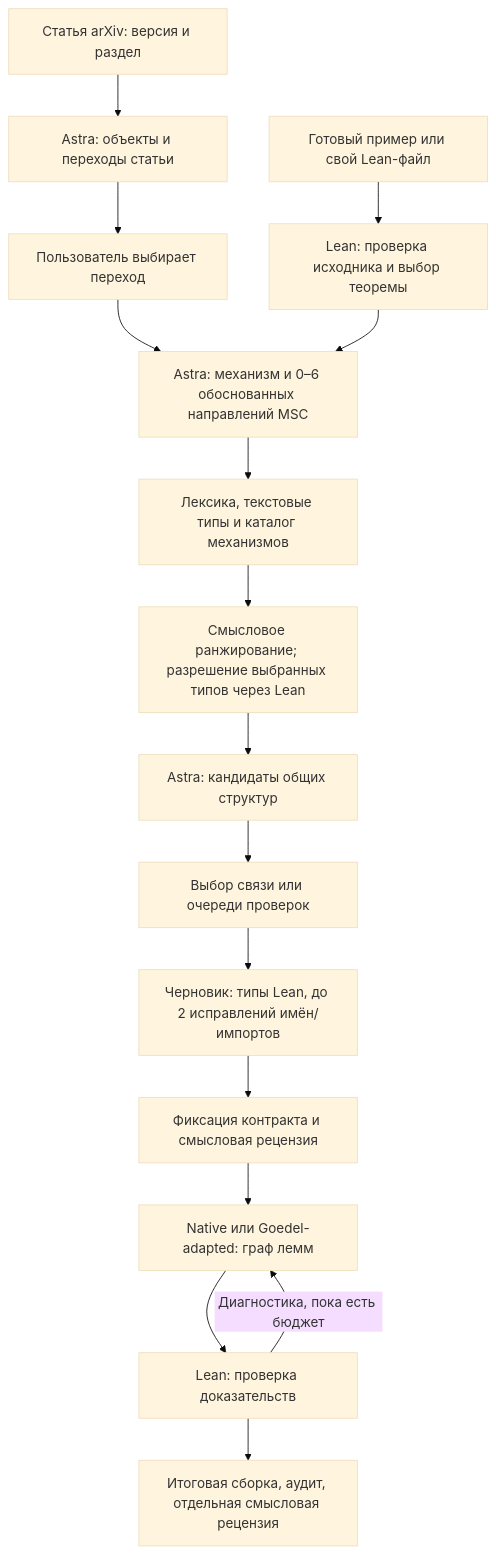
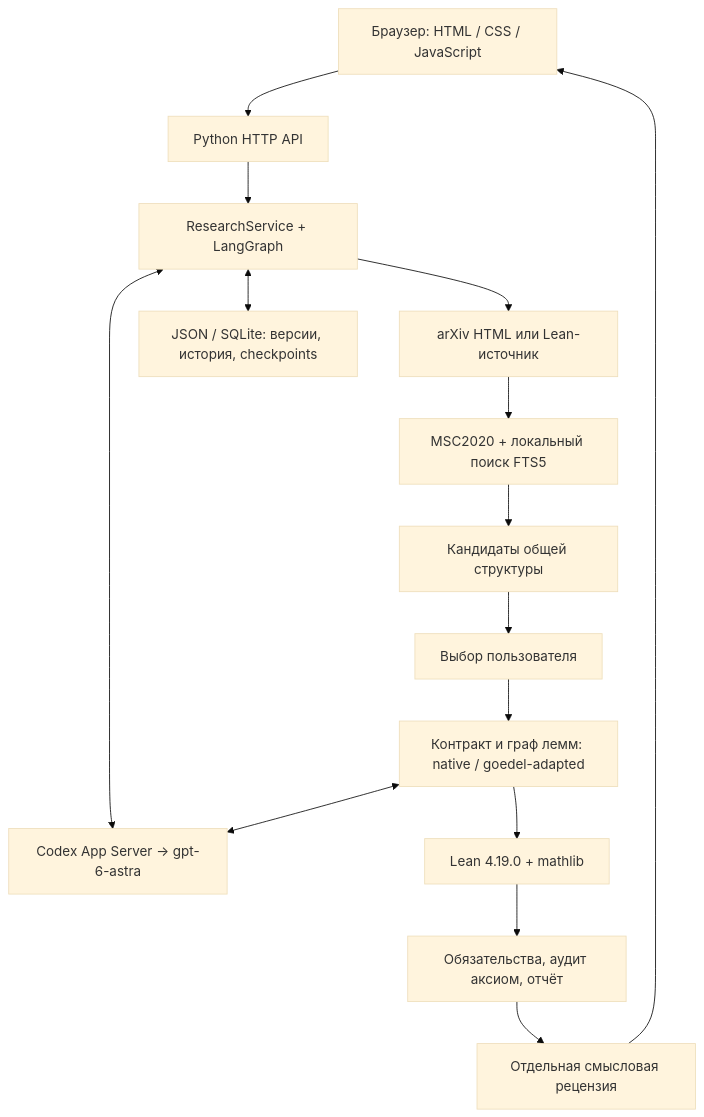
The diagram in README.md (Medrov/astra-math-research), drawn with Mermaid (base theme) before and after one commit. The commit also changed other lines of this file and 22 other files, not shown here.

Commit message:
Refresh README architecture, navigation and AMR screenshots

````diff
--- a/README.md
+++ b/README.md
@@ -261,18 +238,17 @@
 ```mermaid
 flowchart TD
-    Article["Статья arXiv: версия и раздел"] --> Extract["Astra: объекты и переходы статьи"]
-    Extract --> Pick["Пользователь выбирает переход"]
-    Pick --> Profile["Astra: механизм и 0–6 обоснованных направлений MSC"]
-    Input["Готовый пример или свой Lean-файл"] --> Inspect["Lean: проверка исходника и выбор теоремы"]
-    Inspect --> Profile
-    Profile --> Retrieval["Лексика, текстовые типы и каталог механизмов"]
-    Retrieval --> Rank["Смысловое ранжирование; разрешение выбранных типов через Lean"]
-    Rank --> Candidates["Astra: кандидаты общих структур"]
-    Candidates --> Choice["Выбор связи или очереди проверок"]
-    Choice --> Contract["Черновик: типы Lean, до 2 исправлений имён/импортов"]
-    Contract --> Freeze["Фиксация контракта и смысловая рецензия"]
-    Freeze --> Roles["Native или Goedel-adapted: граф лемм"]
-    Roles --> Lean["Lean: проверка доказательств"]
-    Lean -->|"Диагностика, пока есть бюджет"| Roles
-    Lean --> Result["Итоговая сборка, аудит, отдельная смысловая рецензия"]
+    UI["Браузер: HTML / CSS / JavaScript"] --> API["Python HTTP API"]
+    API --> Controller["ResearchService + LangGraph"]
+    Controller --> Source["arXiv HTML или Lean-источник"]
+    Source --> Atlas["MSC2020 + локальный поиск FTS5"]
+    Atlas --> Candidate["Кандидаты общей структуры"]
+    Candidate --> Choice["Выбор пользователя"]
+    Choice --> Proof["Контракт и граф лемм: native / goedel-adapted"]
+    Controller <--> Codex["Codex App Server → gpt-6-astra"]
+    Proof <--> Codex
+    Proof --> Lean["Lean 4.19.0 + mathlib"]
+    Lean --> Result["Обязательства, аудит аксиом, отчёт"]
+    Result --> Review["Отдельная смысловая рецензия"]
+    Review --> UI
+    Controller <--> Store["JSON / SQLite: версии, история, checkpoints"]
 ```
````
